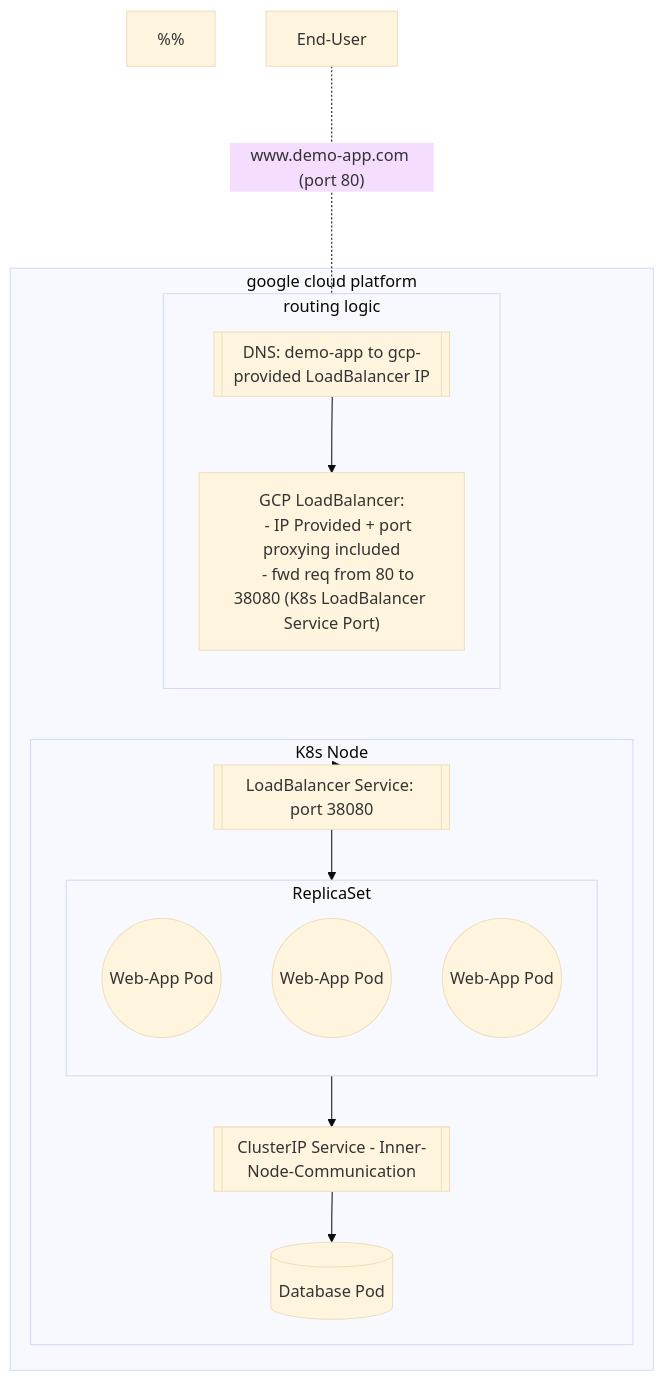
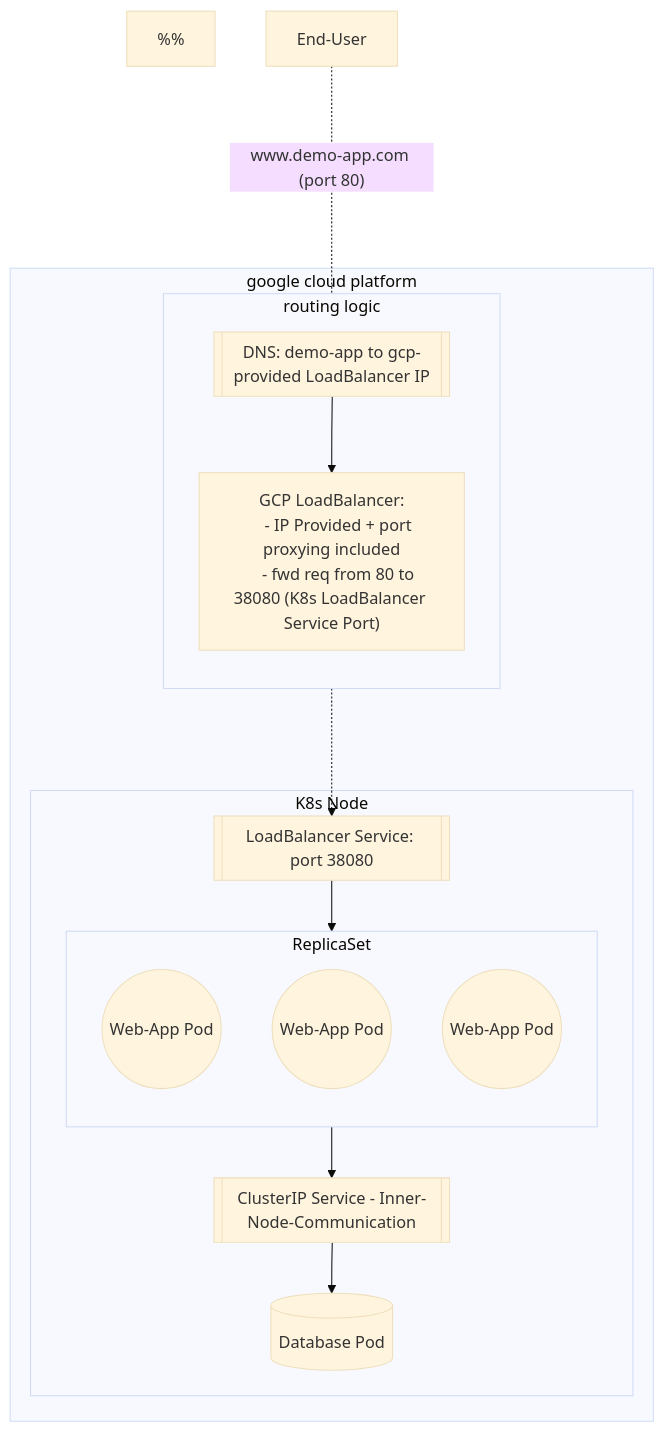
Before and after one commit to imagineLife/big-site: the sixth of 6 diagrams in content/k8s/in-depth/ingress.md, drawn with Mermaid (base theme).

Commit message:
change connections and style

````diff
--- a/content/k8s/in-depth/ingress.md
+++ b/content/k8s/in-depth/ingress.md
@@ -198,47 +198,47 @@
 ```mermaid
 flowchart TD
   %%
   %%  Nodes
   %%
   USER[End-User]
   
   DNS[[DNS: demo-app to gcp-provided LoadBalancer IP]]
   GCPLB["GCP LoadBalancer:
     - IP Provided + port proxying included
     - fwd req from 80 to 38080 (K8s LoadBalancer Service Port)"]
 
   NPS[[LoadBalancer Service: port 38080]]
   APP((Web-App Pod))
   APP2((Web-App Pod))
   APP3((Web-App Pod))
   DBS[[ClusterIP Service - Inner-Node-Communication]]
   DB[(Database Pod)]
 
   subgraph RTNGL["routing logic"]
     direction TB
     DNS --> GCPLB 
   end
 
   subgraph RS [ReplicaSet]
     direction TB
     APP
     APP2
     APP3
   end
 
   subgraph K8N["K8s Node"]
     NPS --> RS
     RS --> DBS
     DBS --> DB
   end
 
   subgraph GCP["google cloud platform"]
     RTNGL 
     K8N
   end
   
   
 
   USER -...- |"www.demo-app.com (port 80)"| DNS
-  GCP --> NPS
+  GCPLB -..-> NPS
 ```
````
